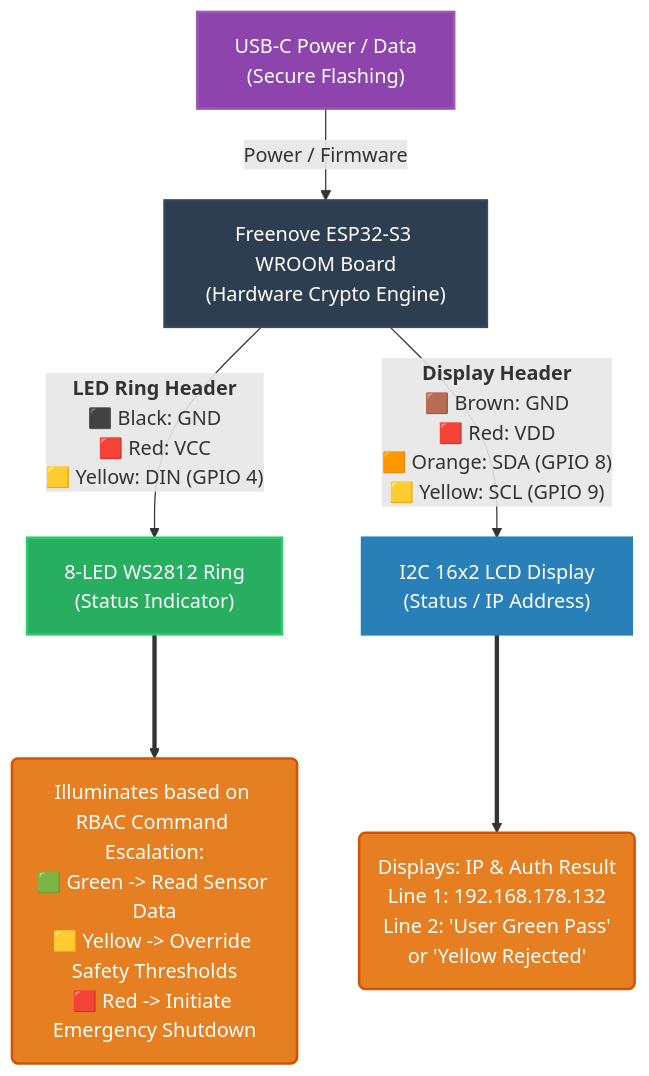
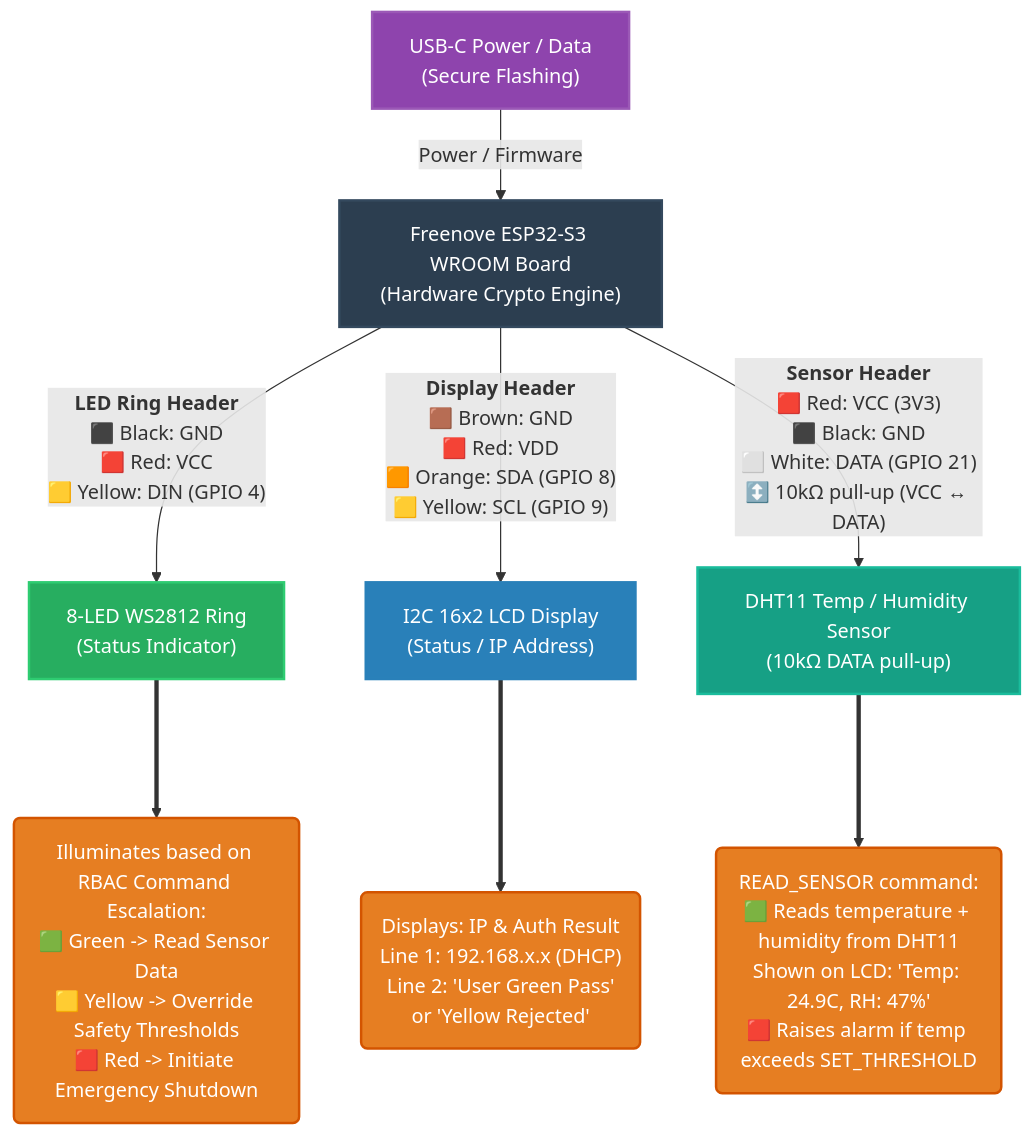
Before and after one commit to b-straub/CriticalInfrastructure: the diagram in README.md, drawn with Mermaid.

Commit message:
docs: add DHT11 sensor + READ_SENSOR to hardware schematic
Add the DHT11 temperature/humidity sensor to the mermaid schematic: node with
the 10kOhm DATA pull-up, a "Sensor Header" bundle (VCC, GND, white DATA jumper
on GPIO 21), and a READ_SENSOR action block. Genericize the LCD IP example.

````diff
--- a/README.md
+++ b/README.md
@@ -26,31 +26,38 @@
 ```mermaid
 graph TD
     %% Define styles
     classDef esp fill:#2c3e50,stroke:#34495e,stroke-width:2px,color:#fff;
     classDef display fill:#2980b9,stroke:#2980b9,stroke-width:2px,color:#fff;
     classDef leds fill:#27ae60,stroke:#2ecc71,stroke-width:2px,color:#fff;
     classDef usb fill:#8e44ad,stroke:#9b59b6,stroke-width:2px,color:#fff;
     classDef action fill:#e67e22,stroke:#d35400,stroke-width:2px,color:#fff;
+    classDef sensor fill:#16a085,stroke:#1abc9c,stroke-width:2px,color:#fff;
 
     %% Components
     ESP["Freenove ESP32-S3 WROOM Board<br>(Hardware Crypto Engine)"]:::esp
     Ring["8-LED WS2812 Ring<br>(Status Indicator)"]:::leds
     LCD["I2C 16x2 LCD Display<br>(Status / IP Address)"]:::display
+    DHT11["DHT11 Temp / Humidity Sensor<br>(10kΩ DATA pull-up)"]:::sensor
     USB["USB-C Power / Data<br>(Secure Flashing)"]:::usb
 
     %% Connections
     USB -->|"Power / Firmware"| ESP
     
     %% LED Ring Connection Bundle
     ESP -->|"<b>LED Ring Header</b><br>⬛ Black: GND<br>🟥 Red: VCC<br>🟨 Yellow: DIN (GPIO 4)"| Ring
     
     %% Display Connection Bundle
     ESP -->|"<b>Display Header</b><br>🟫 Brown: GND<br>🟥 Red: VDD<br>🟧 Orange: SDA (GPIO 8)<br>🟨 Yellow: SCL (GPIO 9)"| LCD
+
+    %% DHT11 Sensor Connection Bundle
+    ESP -->|"<b>Sensor Header</b><br>🟥 Red: VCC (3V3)<br>⬛ Black: GND<br>⬜ White: DATA (GPIO 21)<br>↕️ 10kΩ pull-up (VCC ↔ DATA)"| DHT11
     
     %% Action Blocks (Styled instead of grey self-loops)
     RingAction("Illuminates based on RBAC Command Escalation:<br>🟩 Green -> Read Sensor Data<br>🟨 Yellow -> Override Safety Thresholds<br>🟥 Red -> Initiate Emergency Shutdown"):::action
-    LCDAction("Displays: IP & Auth Result<br>Line 1: 192.168.178.132<br>Line 2: 'User Green Pass'<br>or 'Yellow Rejected'"):::action
+    LCDAction("Displays: IP & Auth Result<br>Line 1: 192.168.x.x (DHCP)<br>Line 2: 'User Green Pass'<br>or 'Yellow Rejected'"):::action
+    SensorAction("READ_SENSOR command:<br>🟩 Reads temperature + humidity from DHT11<br>Shown on LCD: 'Temp: 24.9C, RH: 47%'<br>🟥 Raises alarm if temp exceeds SET_THRESHOLD"):::action
     
     Ring ===> RingAction
     LCD ===> LCDAction
+    DHT11 ===> SensorAction
 ```
````
